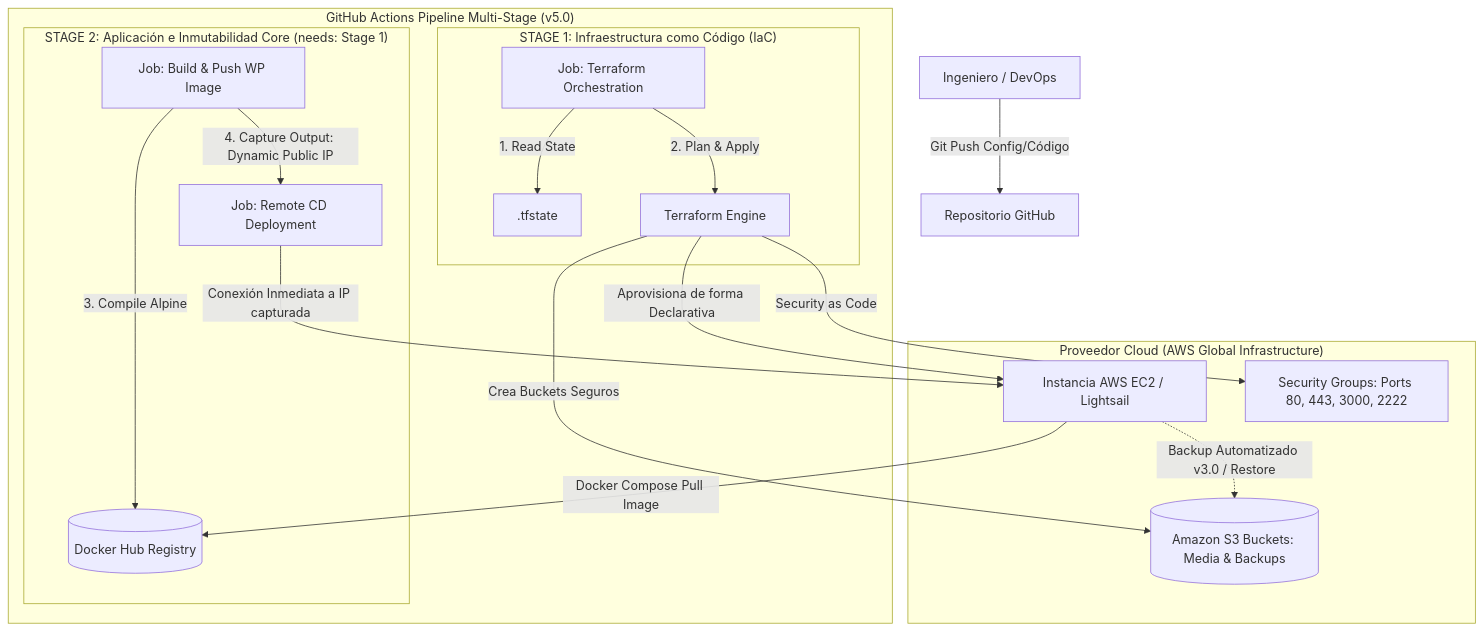
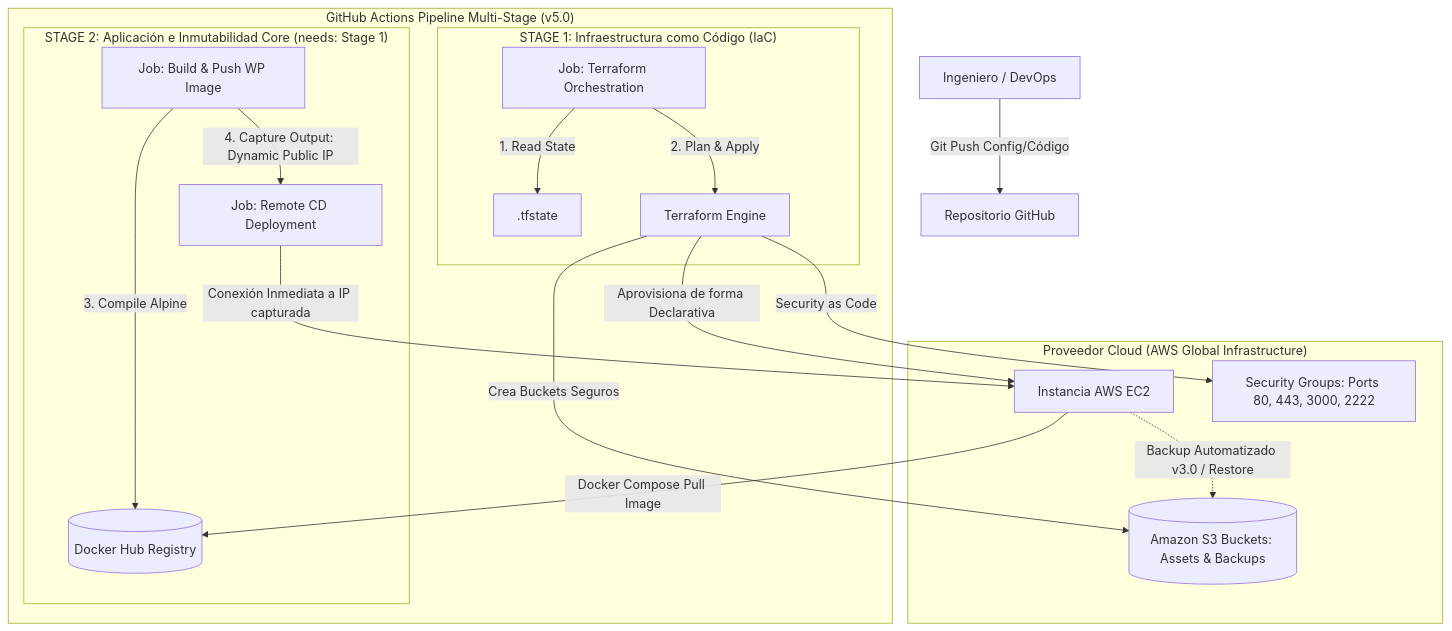
Before and after one commit to GerardMastra/wordpress-docker-devops: the diagram in my-project/STORY-TELLING.md, drawn with Mermaid. The commit also changed other lines of this file and 8 other files, not shown here.

````diff
--- a/my-project/STORY-TELLING.md
+++ b/my-project/STORY-TELLING.md
@@ -54,26 +56,26 @@
 ```mermaid
 graph TD
     Dev[Ingeniero / DevOps] -->|Git Push Config/Código| GitHub[Repositorio GitHub]
 
     subgraph "GitHub Actions Pipeline Multi-Stage (v5.0)"
         subgraph "STAGE 1: Infraestructura como Código (IaC)"
             GHA_IaC[Job: Terraform Orchestration] -->|1. Read State| TFState[.tfstate]
             GHA_IaC -->|2. Plan & Apply| TF[Terraform Engine]
         end
 
         subgraph "STAGE 2: Aplicación e Inmutabilidad Core (needs: Stage 1)"
             GHA_App[Job: Build & Push WP Image] -->|3. Compile Alpine| DockerHub[(Docker Hub Registry)]
             GHA_App -->|4. Capture Output: Dynamic Public IP| Core_CD[Job: Remote CD Deployment]
         end
     end
 
     subgraph "Proveedor Cloud (AWS Global Infrastructure)"
-        TF -->|Aprovisiona de forma Declarativa| EC2[Instancia AWS EC2 / Lightsail]
-        TF -->|Crea Buckets Seguros| S3[(Amazon S3 Buckets: Media & Backups)]
+        TF -->|Aprovisiona de forma Declarativa| EC2[Instancia AWS EC2]
+        TF -->|Crea Buckets Seguros| S3[(Amazon S3 Buckets: Assets & Backups)]
         TF -->|Security as Code| SG[Security Groups: Ports 80, 443, 3000, 2222]
     end
 
     Core_CD -->|Conexión Inmediata a IP capturada| EC2
     EC2 -->|Docker Compose Pull Image| DockerHub
     EC2 -.->|Backup Automatizado v3.0 / Restore| S3
 ```
````
